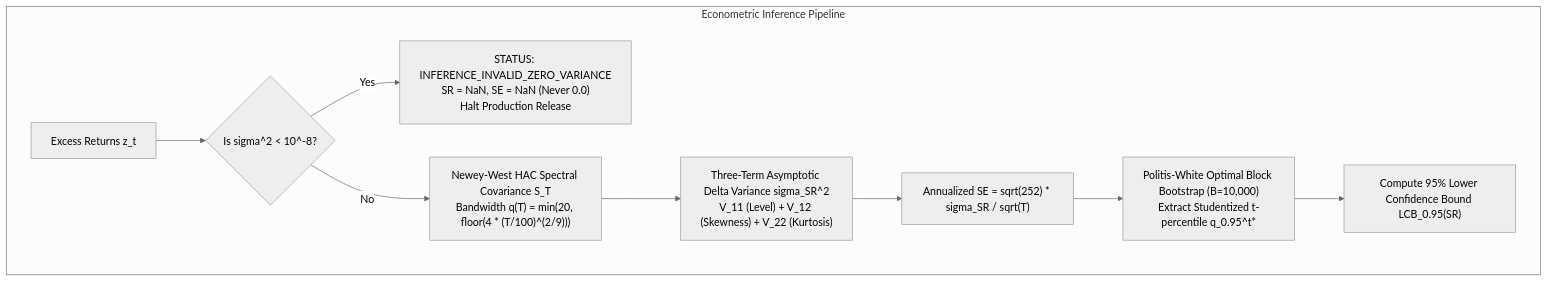
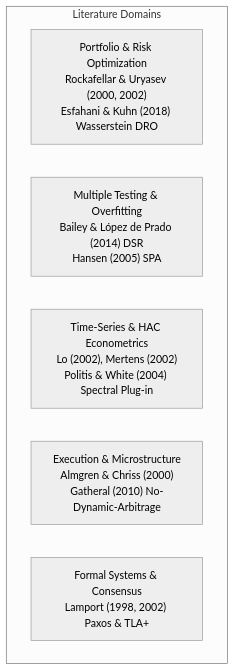
The first of 4 diagrams in README.md (2k25it2514261-cloud/alphaniti), drawn with Mermaid (neutral theme) before and after one commit. The commit also changed other lines of this file, not shown here.

Commit message:
docs: release AlphaNiti v21.0 definitive architecture with Formal Safety Kernel and Wasserstein DRO

````diff
--- a/README.md
+++ b/README.md
@@ -169,12 +26,10 @@
 ```mermaid
 graph TD
-    subgraph Econometric Inference Pipeline
-        Z["Excess Returns z_t"] --> VarCheck{"Is sigma^2 < 10^-8?"}
-        VarCheck -- Yes --> HALT["STATUS: INFERENCE_INVALID_ZERO_VARIANCE<br>SR = NaN, SE = NaN (Never 0.0)<br>Halt Production Release"]
-        VarCheck -- No --> NW["Newey-West HAC Spectral Covariance S_T<br>Bandwidth q(T) = min(20, floor(4 * (T/100)^(2/9)))"]
-        NW --> Delta["Three-Term Asymptotic Delta Variance sigma_SR^2<br>V_11 (Level) + V_12 (Skewness) + V_22 (Kurtosis)"]
-        Delta --> Annual["Annualized SE = sqrt(252) * sigma_SR / sqrt(T)"]
-        Annual --> Boot["Politis-White Optimal Block Bootstrap (B=10,000)<br>Extract Studentized t-percentile q_0.95^t*"]
-        Boot --> LCB["Compute 95% Lower Confidence Bound LCB_0.95(SR)"]
+    subgraph Literature Domains
+        L1["Portfolio & Risk Optimization<br>Rockafellar & Uryasev (2000, 2002)<br>Esfahani & Kuhn (2018) Wasserstein DRO"]
+        L2["Multiple Testing & Overfitting<br>Bailey & López de Prado (2014) DSR<br>Hansen (2005) SPA"]
+        L3["Time-Series & HAC Econometrics<br>Lo (2002), Mertens (2002)<br>Politis & White (2004) Spectral Plug-in"]
+        L4["Execution & Microstructure<br>Almgren & Chriss (2000)<br>Gatheral (2010) No-Dynamic-Arbitrage"]
+        L5["Formal Systems & Consensus<br>Lamport (1998, 2002) Paxos & TLA+"]
     end
 ```
````
